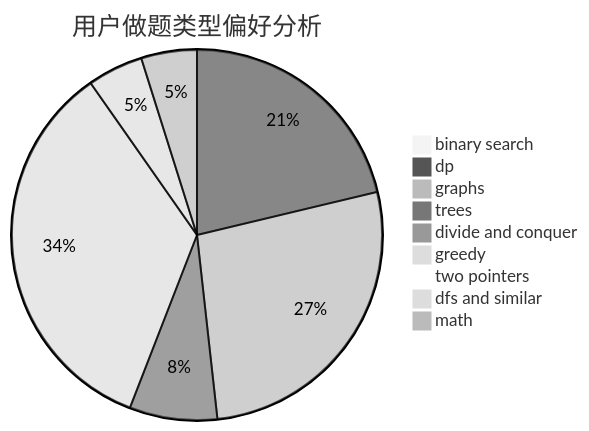
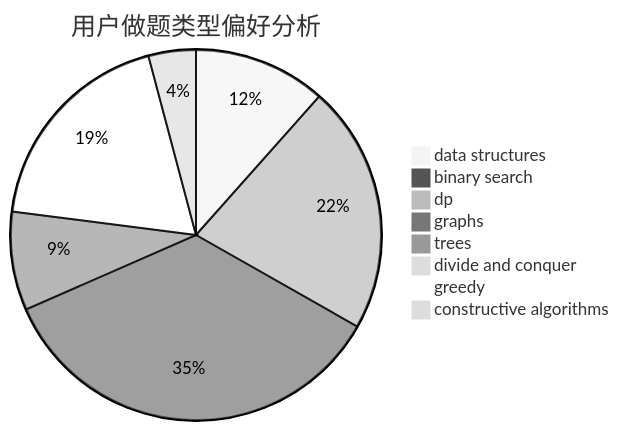
One commit to sherpahu/cfrs.github.io changed the second of 3 diagrams in docs/user/u1494.md. Above: the diagram before and after it, drawn with Mermaid (neutral theme). The commit also changed other lines of this file and 2775 other files, not shown here.

````diff
--- a/docs/user/u1494.md
+++ b/docs/user/u1494.md
@@ -23,12 +23,11 @@
 ```mermaid
 pie title 用户做题类型偏好分析
-    "binary search" :  8
-    "dp" :  175
-    "graphs" :  222
-    "trees" :  63
+    "data structures" :  70
+    "binary search" :  0
+    "dp" :  131
+    "graphs" :  213
+    "trees" :  52
     "divide and conquer" :  0
-    "greedy" :  283
-    "two pointers" :  0
-    "dfs and similar" :  40
-    "math" :  40
+    "greedy" :  114
+    "constructive algorithms" :  25
 ```
````
